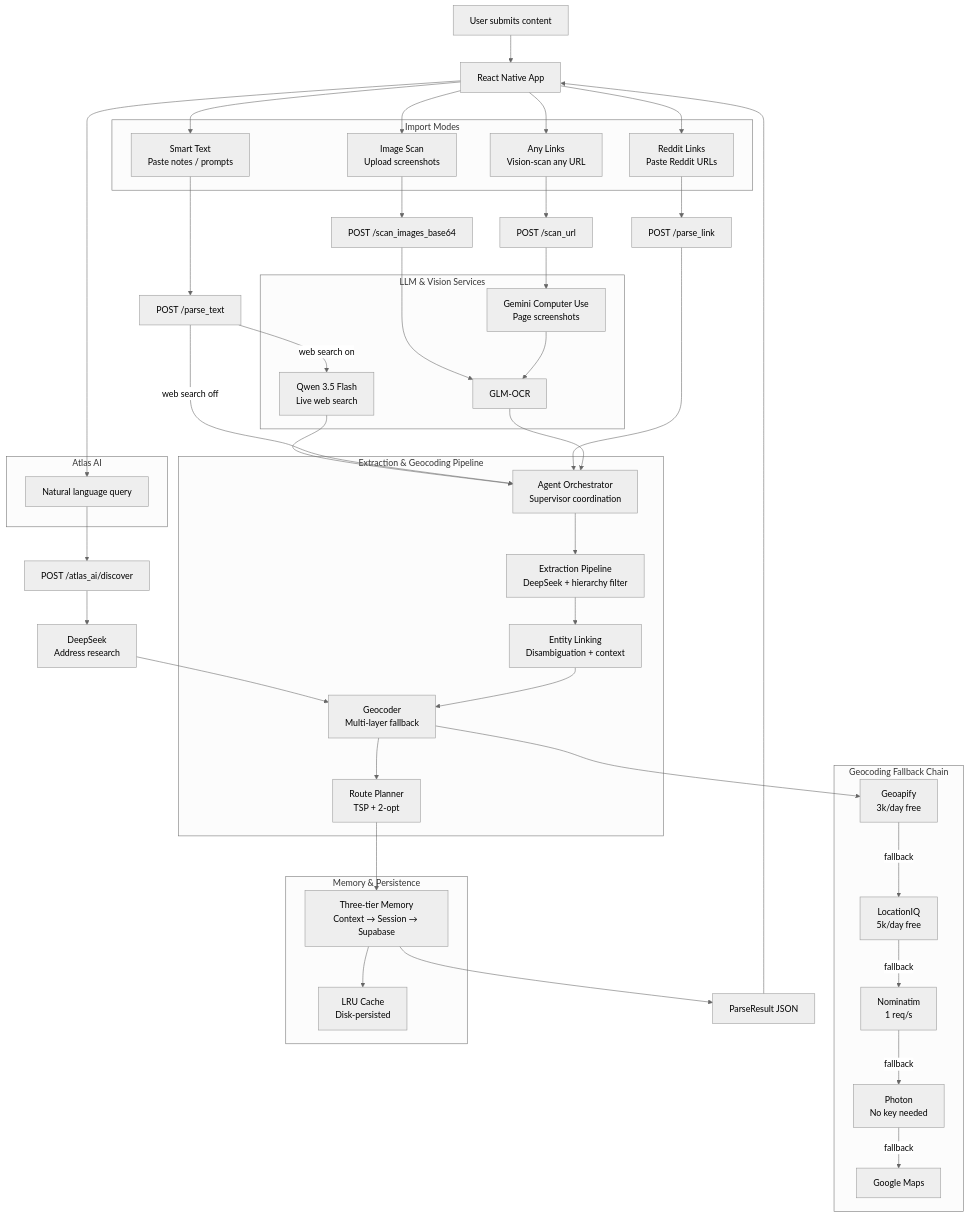
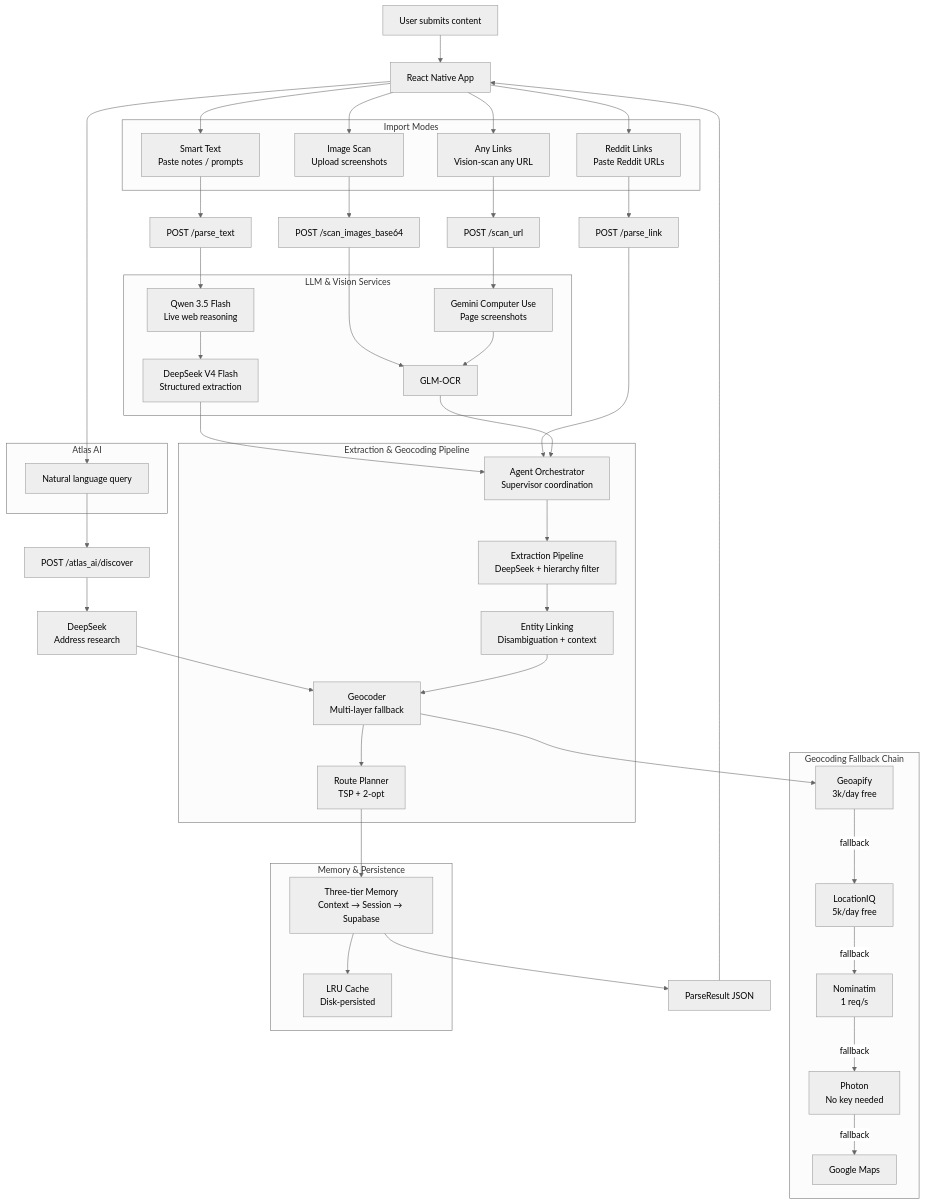
Before and after one commit to zjwang168/atlas-mobile: the diagram in README.md, drawn with Mermaid (neutral theme). The commit also changed other lines of this file and 34 other files, not shown here.

````diff
--- a/README.md
+++ b/README.md
@@ -13,81 +15,82 @@
 ```mermaid
 graph TD
     User[User submits content] --> App[React Native App]
 
     subgraph "Import Modes"
         ST[Smart Text<br/>Paste notes / prompts]
         IS[Image Scan<br/>Upload screenshots]
         RL[Reddit Links<br/>Paste Reddit URLs]
         AL[Any Links<br/>Vision-scan any URL]
     end
 
     subgraph "Atlas AI"
         AA[Natural language query]
     end
 
     App --> ST
     App --> IS
     App --> RL
     App --> AL
     App --> AA
 
     RL --> PL[POST /parse_link]
     ST --> PT[POST /parse_text]
     IS --> SI[POST /scan_images_base64]
     AL --> SU[POST /scan_url]
     AA --> DA[POST /atlas_ai/discover]
 
     subgraph "LLM & Vision Services"
-        QW[Qwen 3.5 Flash<br/>Live web search]
+        QW[Qwen 3.5 Flash<br/>Live web reasoning]
+        DS[DeepSeek V4 Flash<br/>Structured extraction]
         GCU[Gemini Computer Use<br/>Page screenshots]
         OCR[GLM-OCR]
     end
 
     subgraph "Extraction & Geocoding Pipeline"
         ORCH[Agent Orchestrator<br/>Supervisor coordination]
         EX[Extraction Pipeline<br/>DeepSeek + hierarchy filter]
         EL[Entity Linking<br/>Disambiguation + context]
         GEO[Geocoder<br/>Multi-layer fallback]
         RT[Route Planner<br/>TSP + 2-opt]
     end
 
-    PT -->|web search on| QW
-    QW --> ORCH
-    PT -->|web search off| ORCH
+    PT --> QW
+    QW --> DS
+    DS --> ORCH
     PL --> ORCH
 
     SI --> OCR
     SU --> GCU
     GCU --> OCR
     OCR --> ORCH
 
-    DA --> DS[DeepSeek<br/>Address research]
-    DS --> GEO
+    DA --> DS2[DeepSeek<br/>Address research]
+    DS2 --> GEO
 
     ORCH --> EX
     EX --> EL
     EL --> GEO
     GEO --> RT
 
     subgraph "Geocoding Fallback Chain"
         G1[Geoapify<br/>3k/day free]
         G2[LocationIQ<br/>5k/day free]
         G3[Nominatim<br/>1 req/s]
         G4[Photon<br/>No key needed]
         G5[Google Maps]
         G1 -->|fallback| G2 -->|fallback| G3 -->|fallback| G4 -->|fallback| G5
     end
 
     GEO --> G1
 
     subgraph "Memory & Persistence"
         MEM[Three-tier Memory<br/>Context → Session → Supabase]
         CACHE[LRU Cache<br/>Disk-persisted]
     end
 
     RT --> MEM
     MEM --> RESP[ParseResult JSON]
     MEM --> CACHE
 
     RESP --> App
 ```
````
